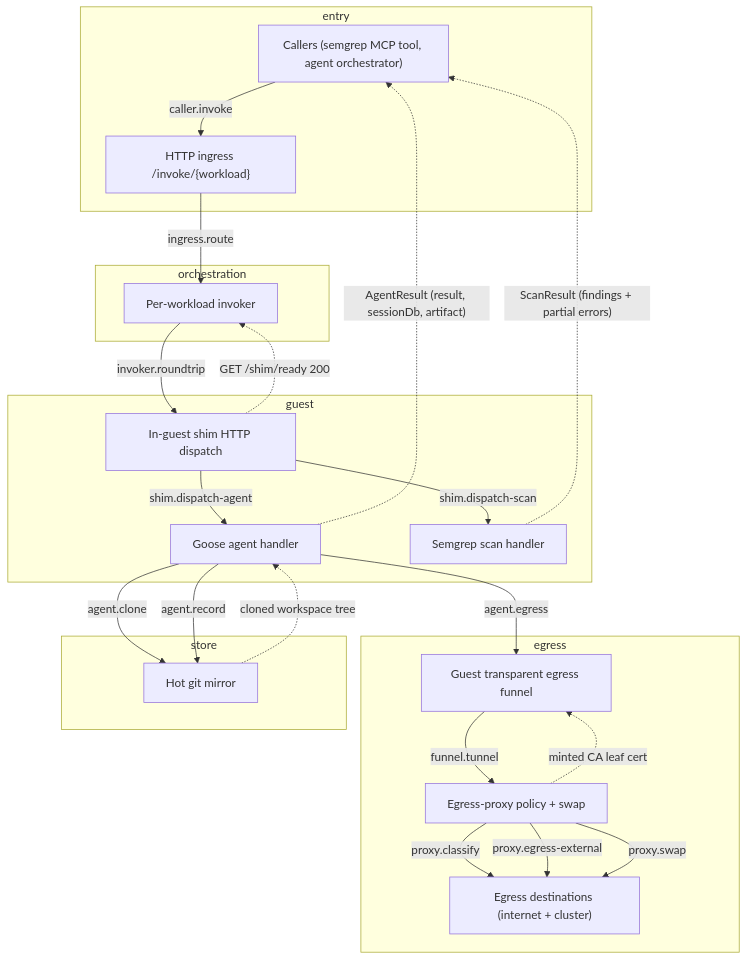
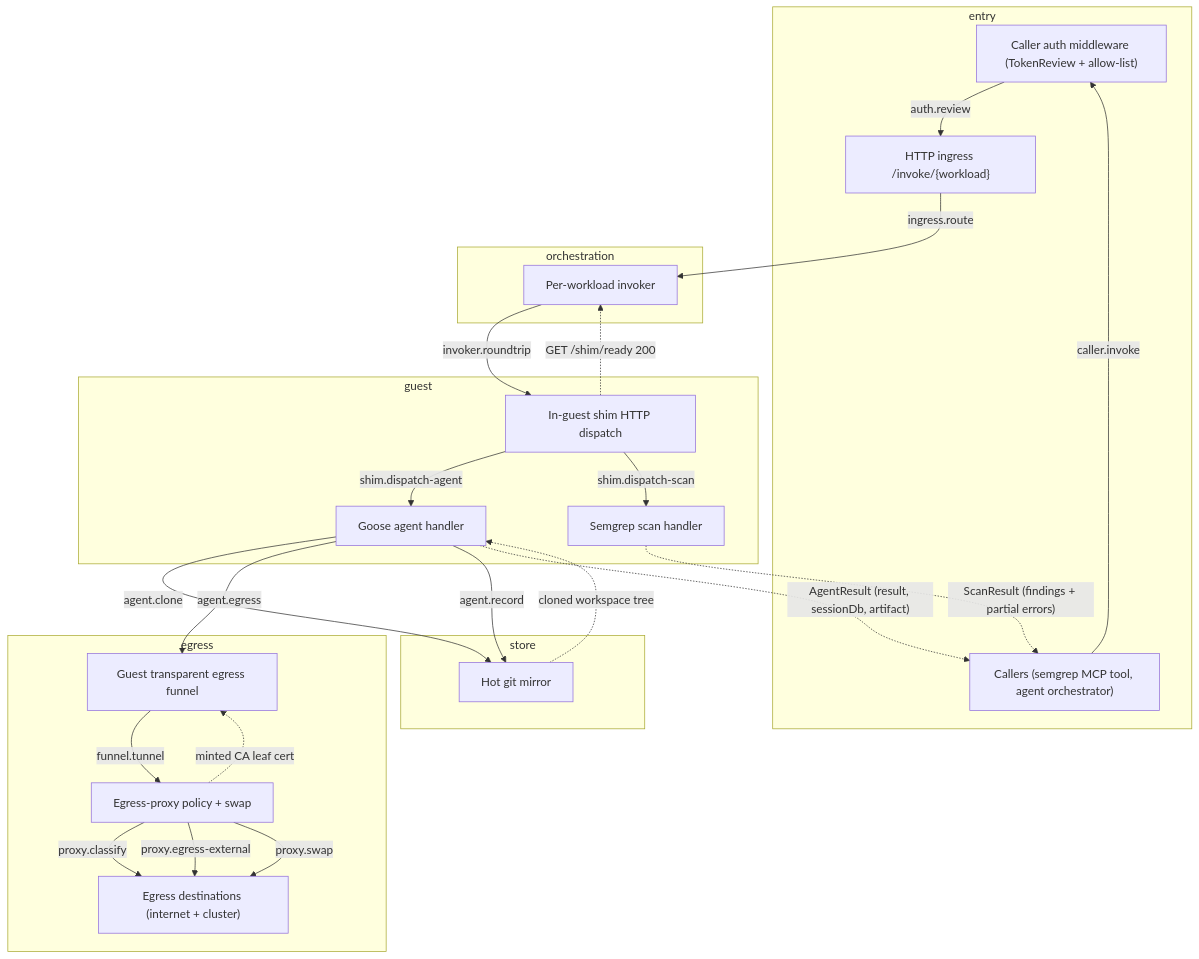
The first of 2 diagrams in projects/firecracker/STPA.md (jomcgi-org/homelab), drawn with Mermaid before and after one commit. The commit also changed other lines of this file, not shown here.

First line of the commit message:
docs(stpa): model fc-invoke caller auth + close unauthenticated UCA

````diff
--- a/projects/firecracker/STPA.md
+++ b/projects/firecracker/STPA.md
@@ -27,40 +27,42 @@
 ```mermaid
 flowchart TD
   subgraph egress["egress"]
     egress-funnel["Guest transparent egress funnel"]
     egress-proxy["Egress-proxy policy + swap"]
     upstream["Egress destinations (internet + cluster)"]
   end
   subgraph entry["entry"]
+    auth["Caller auth middleware (TokenReview + allow-list)"]
     caller["Callers (semgrep MCP tool, agent orchestrator)"]
     ingress["HTTP ingress /invoke/{workload}"]
   end
   subgraph guest["guest"]
     agent-handler["Goose agent handler"]
     guest-shim["In-guest shim HTTP dispatch"]
     semgrep-handler["Semgrep scan handler"]
   end
   subgraph orchestration["orchestration"]
     invoker["Per-workload invoker"]
   end
   subgraph store["store"]
     git-mirror["Hot git mirror"]
   end
   agent-handler -- "agent.clone" --> git-mirror
   agent-handler -- "agent.egress" --> egress-funnel
   agent-handler -- "agent.record" --> git-mirror
-  caller -- "caller.invoke" --> ingress
+  auth -- "auth.review" --> ingress
+  caller -- "caller.invoke" --> auth
   egress-funnel -- "funnel.tunnel" --> egress-proxy
   ingress -- "ingress.route" --> invoker
   invoker -- "invoker.roundtrip" --> guest-shim
   egress-proxy -- "proxy.classify" --> upstream
   egress-proxy -- "proxy.egress-external" --> upstream
   egress-proxy -- "proxy.swap" --> upstream
   guest-shim -- "shim.dispatch-agent" --> agent-handler
   guest-shim -- "shim.dispatch-scan" --> semgrep-handler
   agent-handler -. "AgentResult (result, sessionDb, artifact)" .-> caller
   egress-proxy -. "minted CA leaf cert" .-> egress-funnel
   git-mirror -. "cloned workspace tree" .-> agent-handler
   guest-shim -. "GET /shim/ready 200" .-> invoker
   semgrep-handler -. "ScanResult (findings + partial errors)" .-> caller
 ```
````
